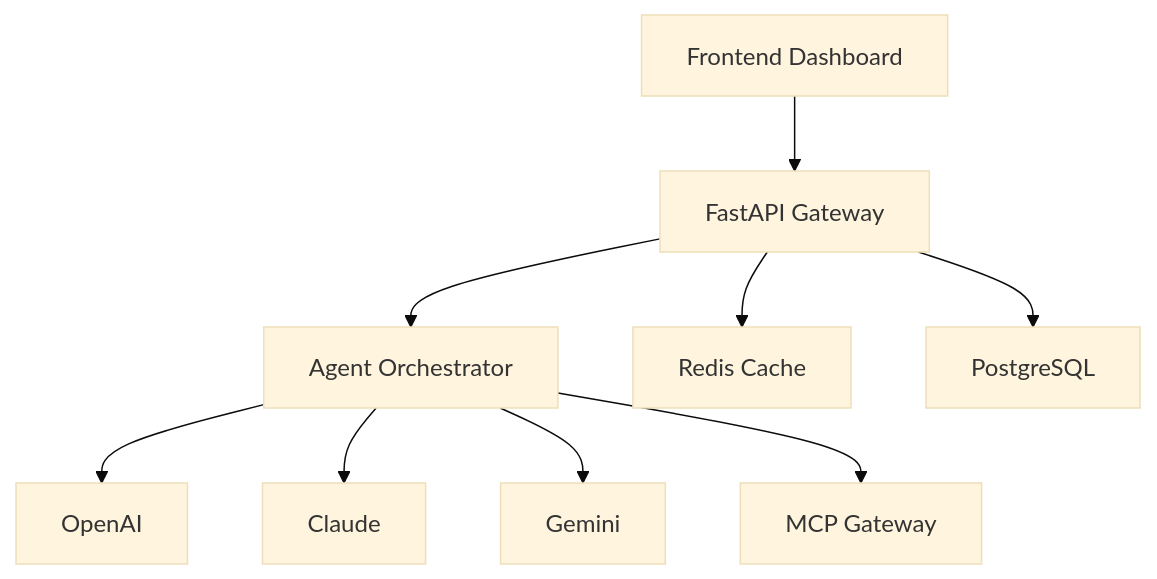
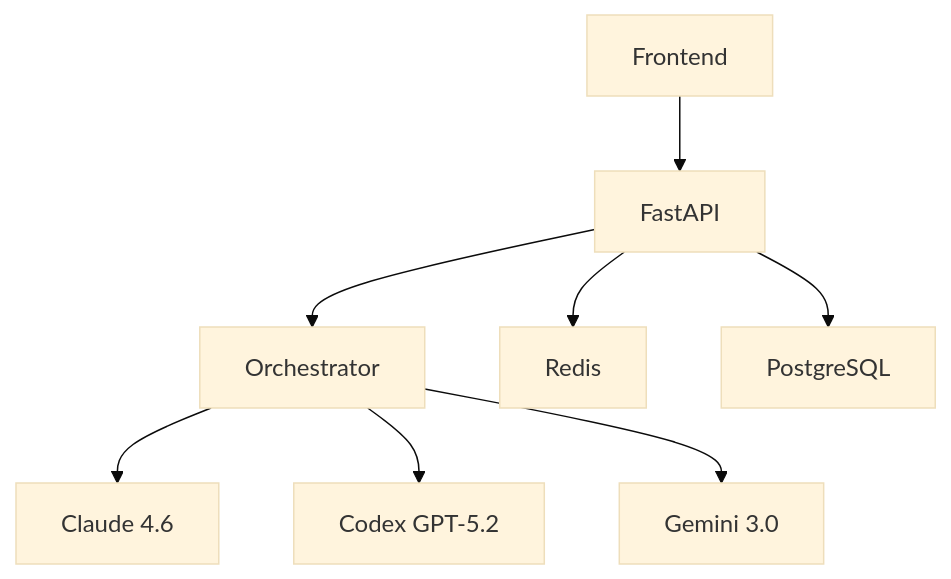
The diagram in TECH.md (SamoTech/AgentHub), drawn with Mermaid (base theme) before and after one commit. The commit also changed other lines of this file and 1 other file, not shown here.

Commit message:
🔥 LATEST AI AGENTS: Claude 4.6 Sonnet, Codex GPT-5.2, Gemini 3.0 + updated TECH.md with pricing/benchmarks. AgentHub now frontier-ready!

````diff
--- a/TECH.md
+++ b/TECH.md
@@ -50,11 +44,10 @@
 ```mermaid
 graph TD
-    A[Frontend Dashboard] --> B[FastAPI Gateway]
-    B --> C[Agent Orchestrator]
-    C --> D[OpenAI]
-    C --> E[Claude]
-    C --> F[Gemini]
-    B --> G[Redis Cache]
+    A[Frontend] --> B[FastAPI]
+    B --> C[Orchestrator]
+    C --> D[Claude 4.6]
+    C --> E[Codex GPT-5.2]
+    C --> F[Gemini 3.0]
+    B --> G[Redis]
     B --> H[PostgreSQL]
-    C --> I[MCP Gateway]
 ```
````
